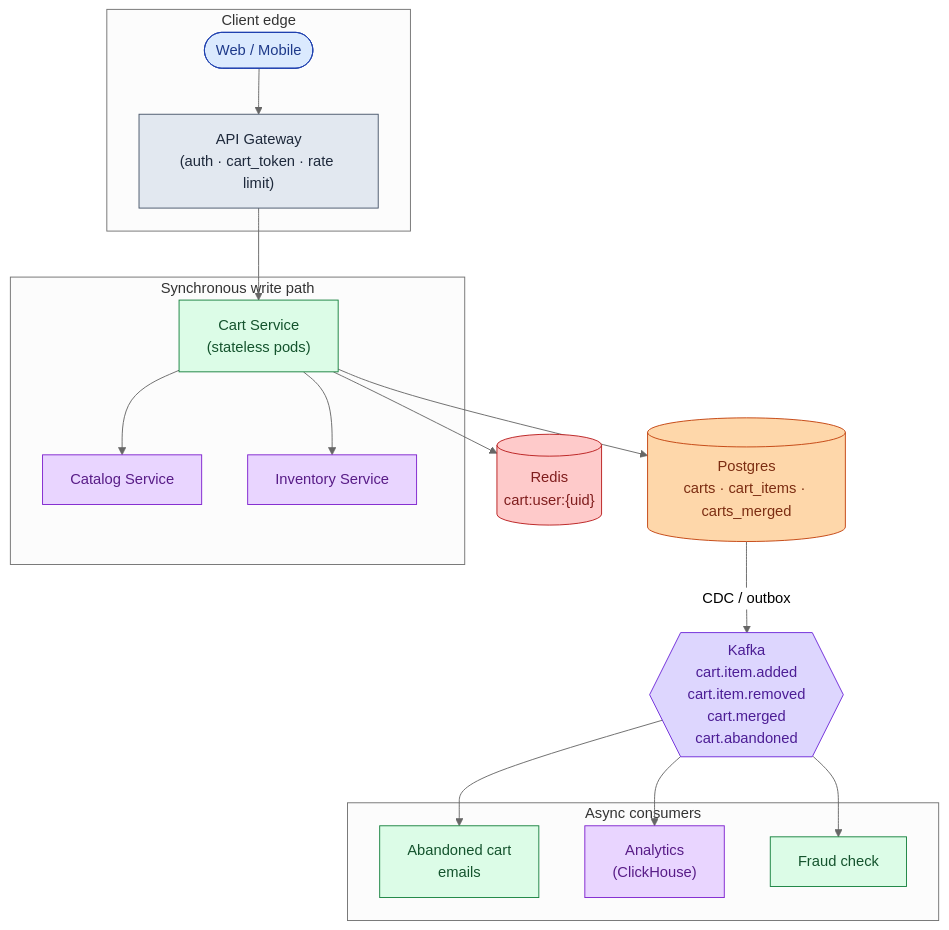
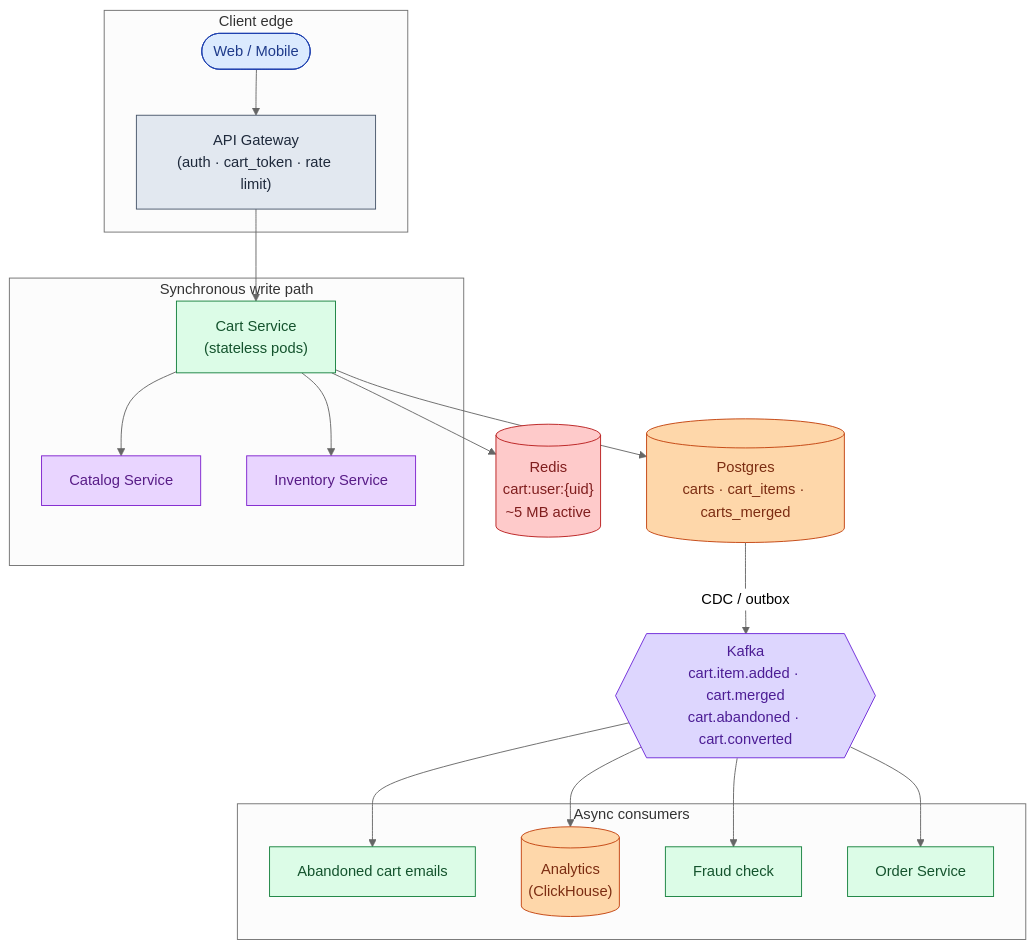
Before and after one commit to shiningflash/system-design: the third of 5 diagrams in problems/012-shopping-cart/solution.md, drawn with Mermaid (neutral theme). The commit also changed other lines of this file and 37 other files, not shown here.

````diff
--- a/problems/012-shopping-cart/solution.md
+++ b/problems/012-shopping-cart/solution.md
@@ -246,43 +247,45 @@
 ```mermaid
 flowchart TB
     subgraph Edge["Client edge"]
         C([Web / Mobile]):::user
         GW["API Gateway<br/>(auth · cart_token · rate limit)"]:::edge
     end
 
     subgraph WritePath["Synchronous write path"]
         CS["Cart Service<br/>(stateless pods)"]:::app
         Cat["Catalog Service"]:::ext
         Inv["Inventory Service"]:::ext
     end
 
     DB[("Postgres<br/>carts · cart_items · carts_merged")]:::db
-    R[("Redis<br/>cart:user:{uid}")]:::cache
+    R[("Redis<br/>cart:user:{uid}<br/>~5 MB active")]:::cache
 
-    K{{"Kafka<br/>cart.item.added<br/>cart.item.removed<br/>cart.merged<br/>cart.abandoned"}}:::queue
+    K{{"Kafka<br/>cart.item.added · cart.merged<br/>cart.abandoned · cart.converted"}}:::queue
 
     subgraph Consumers["Async consumers"]
-        AB["Abandoned cart<br/>emails"]:::app
-        AN["Analytics<br/>(ClickHouse)"]:::ext
+        AB["Abandoned cart emails"]:::app
+        AN[("Analytics<br/>(ClickHouse)")]:::db
         FR["Fraud check"]:::app
+        ORD["Order Service"]:::app
     end
 
     C --> GW
     GW --> CS
     CS --> Cat
     CS --> Inv
     CS --> R
     CS --> DB
     DB -->|CDC / outbox| K
     K --> AB
     K --> AN
     K --> FR
+    K --> ORD
 
     classDef user fill:#dbeafe,stroke:#1e40af,color:#1e3a8a
     classDef edge fill:#e2e8f0,stroke:#475569,color:#1e293b
     classDef app fill:#dcfce7,stroke:#15803d,color:#14532d
     classDef db fill:#fed7aa,stroke:#c2410c,color:#7c2d12
     classDef cache fill:#fecaca,stroke:#b91c1c,color:#7f1d1d
     classDef queue fill:#ddd6fe,stroke:#6d28d9,color:#4c1d95
     classDef ext fill:#e9d5ff,stroke:#7e22ce,color:#581c87
 ```
````
